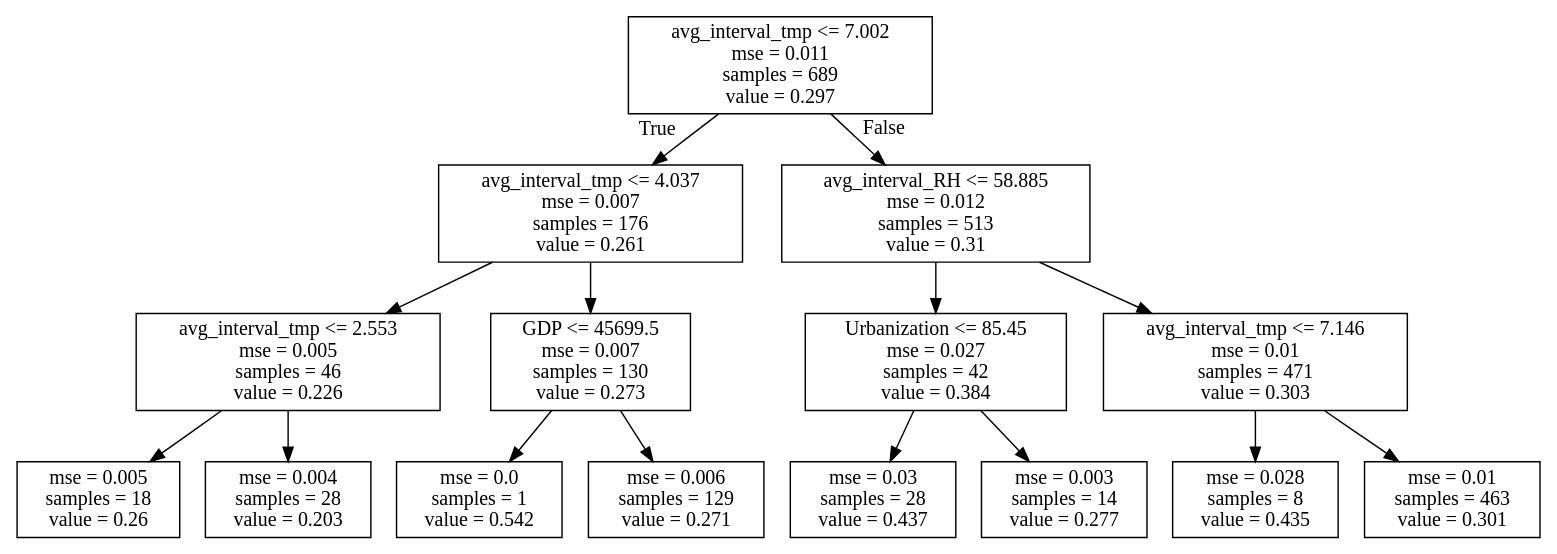
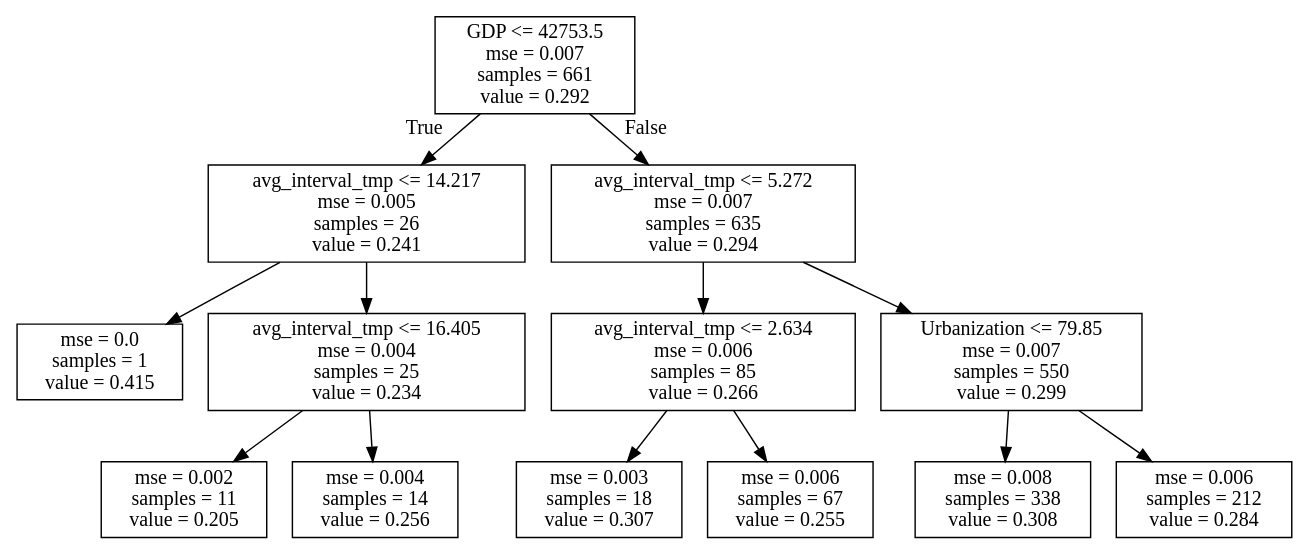
The diagram in products/decision_tree/decision_tree_GF_Q3_run1.dot (hopl1t/covid19), drawn with Graphviz before and after one commit. The commit also changed 21 other files, not shown here.

```diff
--- a/products/decision_tree/decision_tree_GF_Q3_run1.dot
+++ b/products/decision_tree/decision_tree_GF_Q3_run1.dot
@@ -1,32 +1,28 @@
 digraph Tree {
 node [shape=box] ;
-0 [label="avg_interval_tmp <= 7.002\nmse = 0.011\nsamples = 689\nvalue = 0.297"] ;
-1 [label="avg_interval_tmp <= 4.037\nmse = 0.007\nsamples = 176\nvalue = 0.261"] ;
+0 [label="GDP <= 42753.5\nmse = 0.007\nsamples = 661\nvalue = 0.292"] ;
+1 [label="avg_interval_tmp <= 14.217\nmse = 0.005\nsamples = 26\nvalue = 0.241"] ;
 0 -> 1 [labeldistance=2.5, labelangle=45, headlabel="True"] ;
-2 [label="avg_interval_tmp <= 2.553\nmse = 0.005\nsamples = 46\nvalue = 0.226"] ;
+2 [label="mse = 0.0\nsamples = 1\nvalue = 0.415"] ;
 1 -> 2 ;
-3 [label="mse = 0.005\nsamples = 18\nvalue = 0.26"] ;
-2 -> 3 ;
-4 [label="mse = 0.004\nsamples = 28\nvalue = 0.203"] ;
-2 -> 4 ;
-5 [label="GDP <= 45699.5\nmse = 0.007\nsamples = 130\nvalue = 0.273"] ;
-1 -> 5 ;
-6 [label="mse = 0.0\nsamples = 1\nvalue = 0.542"] ;
-5 -> 6 ;
-7 [label="mse = 0.006\nsamples = 129\nvalue = 0.271"] ;
-5 -> 7 ;
-8 [label="avg_interval_RH <= 58.885\nmse = 0.012\nsamples = 513\nvalue = 0.31"] ;
-0 -> 8 [labeldistance=2.5, labelangle=-45, headlabel="False"] ;
-9 [label="Urbanization <= 85.45\nmse = 0.027\nsamples = 42\nvalue = 0.384"] ;
-8 -> 9 ;
-10 [label="mse = 0.03\nsamples = 28\nvalue = 0.437"] ;
-9 -> 10 ;
-11 [label="mse = 0.003\nsamples = 14\nvalue = 0.277"] ;
-9 -> 11 ;
-12 [label="avg_interval_tmp <= 7.146\nmse = 0.01\nsamples = 471\nvalue = 0.303"] ;
-8 -> 12 ;
-13 [label="mse = 0.028\nsamples = 8\nvalue = 0.435"] ;
-12 -> 13 ;
-14 [label="mse = 0.01\nsamples = 463\nvalue = 0.301"] ;
-12 -> 14 ;
+3 [label="avg_interval_tmp <= 16.405\nmse = 0.004\nsamples = 25\nvalue = 0.234"] ;
+1 -> 3 ;
+4 [label="mse = 0.002\nsamples = 11\nvalue = 0.205"] ;
+3 -> 4 ;
+5 [label="mse = 0.004\nsamples = 14\nvalue = 0.256"] ;
+3 -> 5 ;
+6 [label="avg_interval_tmp <= 5.272\nmse = 0.007\nsamples = 635\nvalue = 0.294"] ;
+0 -> 6 [labeldistance=2.5, labelangle=-45, headlabel="False"] ;
+7 [label="avg_interval_tmp <= 2.634\nmse = 0.006\nsamples = 85\nvalue = 0.266"] ;
+6 -> 7 ;
+8 [label="mse = 0.003\nsamples = 18\nvalue = 0.307"] ;
+7 -> 8 ;
+9 [label="mse = 0.006\nsamples = 67\nvalue = 0.255"] ;
+7 -> 9 ;
+10 [label="Urbanization <= 79.85\nmse = 0.007\nsamples = 550\nvalue = 0.299"] ;
+6 -> 10 ;
+11 [label="mse = 0.008\nsamples = 338\nvalue = 0.308"] ;
+10 -> 11 ;
+12 [label="mse = 0.006\nsamples = 212\nvalue = 0.284"] ;
+10 -> 12 ;
 }
```
